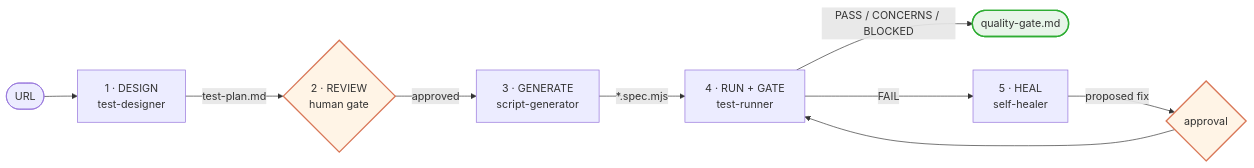
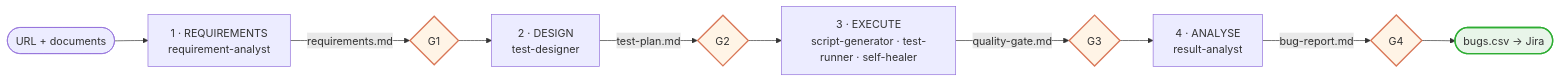
Before and after one commit to phamvanhoang9/web-test-agent: the diagram in README.md, drawn with Mermaid. The commit also changed other lines of this file and 2 other files, not shown here.

Commit message:
Document the four-step process and its approval gates

````diff
--- a/README.md
+++ b/README.md
@@ -56,15 +59,18 @@
 ```mermaid
 flowchart LR
-    U([URL]) --> D[1 · DESIGN<br/>test-designer]
-    D -->|test-plan.md| H{2 · REVIEW<br/>human gate}
-    H -->|approved| G[3 · GENERATE<br/>script-generator]
-    G -->|*.spec.mjs| R[4 · RUN + GATE<br/>test-runner]
-    R -->|PASS / CONCERNS / BLOCKED| OK([quality-gate.md])
-    R -->|FAIL| S[5 · HEAL<br/>self-healer]
-    S -->|proposed fix| H2{approval}
-    H2 --> R
+    U([URL + documents]) --> A[1 · REQUIREMENTS<br/>requirement-analyst]
+    A -->|requirements.md| G1{G1}
+    G1 --> D[2 · DESIGN<br/>test-designer]
+    D -->|test-plan.md| G2{G2}
+    G2 --> E[3 · EXECUTE<br/>script-generator · test-runner · self-healer]
+    E -->|quality-gate.md| G3{G3}
+    G3 --> R[4 · ANALYSE<br/>result-analyst]
+    R -->|bug-report.md| G4{G4}
+    G4 --> J([bugs.csv → Jira])
 
-    style H fill:#fff4e6,stroke:#d97757,stroke-width:2px
-    style H2 fill:#fff4e6,stroke:#d97757,stroke-width:2px
-    style OK fill:#e8f5e9,stroke:#2ead33,stroke-width:2px
+    style G1 fill:#fff4e6,stroke:#d97757,stroke-width:2px
+    style G2 fill:#fff4e6,stroke:#d97757,stroke-width:2px
+    style G3 fill:#fff4e6,stroke:#d97757,stroke-width:2px
+    style G4 fill:#fff4e6,stroke:#d97757,stroke-width:2px
+    style J fill:#e8f5e9,stroke:#2ead33,stroke-width:2px
 ```
````
